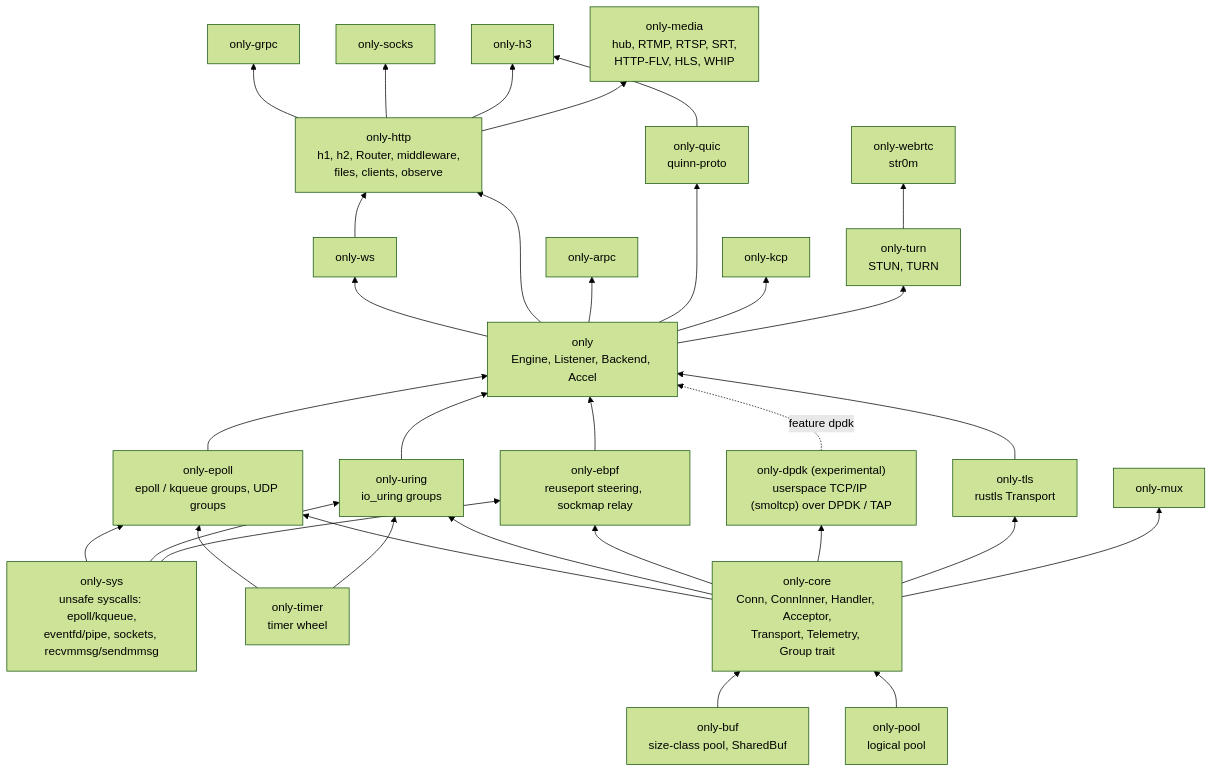
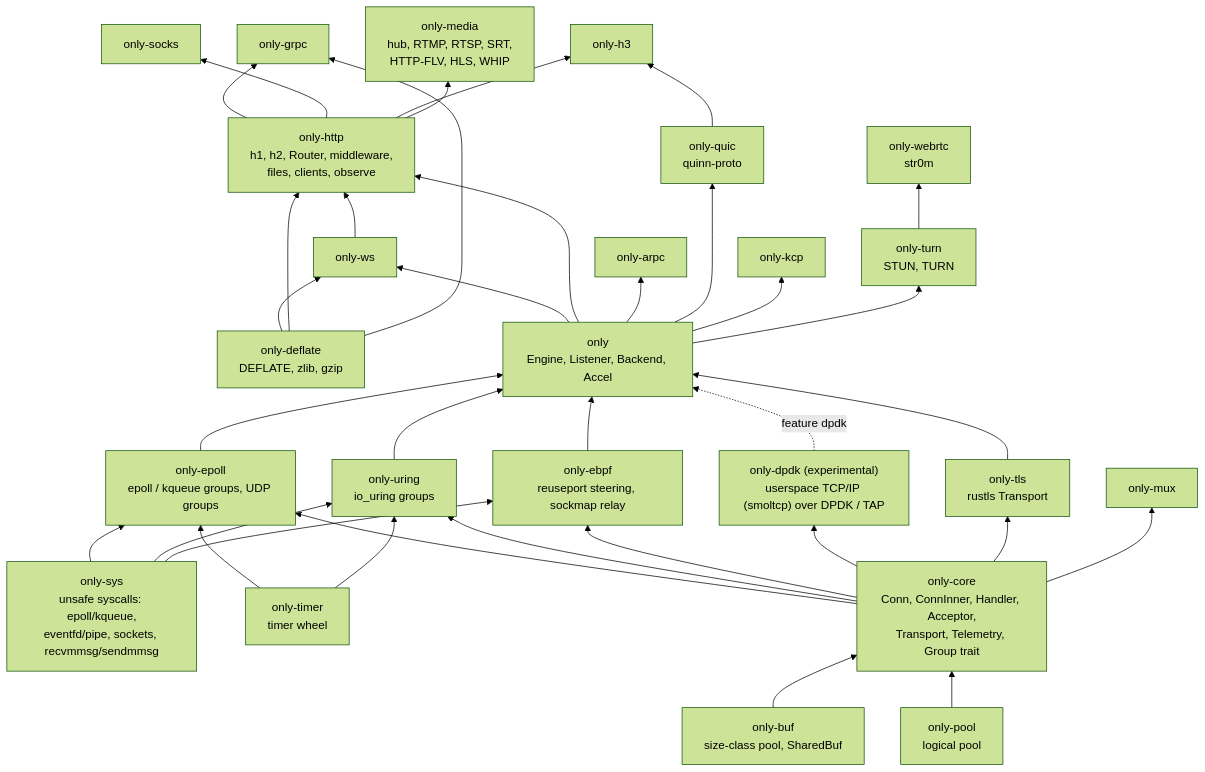
Before and after one commit to lesismal/akio: the first of 6 diagrams in docs/architecture.md, drawn with Mermaid (forest theme). The commit also changed other lines of this file and 1682 other files, not shown here.

First line of the commit message:
feat: only-deflate, own DEFLATE/zlib/gzip replacing flate2 (DEV-PLAN wave A)

````diff
--- a/docs/architecture.md
+++ b/docs/architecture.md
@@ -13,58 +13,62 @@
 ```mermaid
 flowchart BT
     sys["only-sys<br/>unsafe syscalls: epoll/kqueue,<br/>eventfd/pipe, sockets, recvmmsg/sendmmsg"]
     buf["only-buf<br/>size-class pool, SharedBuf"]
     timer["only-timer<br/>timer wheel"]
+    deflate["only-deflate<br/>DEFLATE, zlib, gzip"]
     pool["only-pool<br/>logical pool"]
     core["only-core<br/>Conn, ConnInner, Handler, Acceptor,<br/>Transport, Telemetry, Group trait"]
     epoll["only-epoll<br/>epoll / kqueue groups, UDP groups"]
     uring["only-uring<br/>io_uring groups"]
     ebpf["only-ebpf<br/>reuseport steering, sockmap relay"]
     dpdk["only-dpdk (experimental)<br/>userspace TCP/IP (smoltcp) over DPDK / TAP"]
     tls["only-tls<br/>rustls Transport"]
     facade["only<br/>Engine, Listener, Backend, Accel"]
     http["only-http<br/>h1, h2, Router, middleware,<br/>files, clients, observe"]
     ws[only-ws]
     grpc[only-grpc]
     arpc[only-arpc]
     socks[only-socks]
     mux[only-mux]
     quic["only-quic<br/>quinn-proto"]
     h3[only-h3]
     kcp[only-kcp]
     turn["only-turn<br/>STUN, TURN"]
     webrtc["only-webrtc<br/>str0m"]
     media["only-media<br/>hub, RTMP, RTSP, SRT,<br/>HTTP-FLV, HLS, WHIP"]
 
     buf --> core
     pool --> core
     core --> epoll
     sys --> epoll
     timer --> epoll
     core --> uring
     sys --> uring
     timer --> uring
     core --> ebpf
     core --> dpdk
     sys --> ebpf
     core --> tls
     epoll --> facade
     uring --> facade
     ebpf --> facade
     dpdk -.->|feature dpdk| facade
     tls --> facade
     facade --> ws
+    deflate --> ws
+    deflate --> http
+    deflate --> grpc
     facade --> http
     ws --> http
     http --> grpc
     facade --> arpc
     http --> socks
     core --> mux
     facade --> quic
     quic --> h3
     http --> h3
     facade --> kcp
     facade --> turn
     turn --> webrtc
     http --> media
 ```
````
